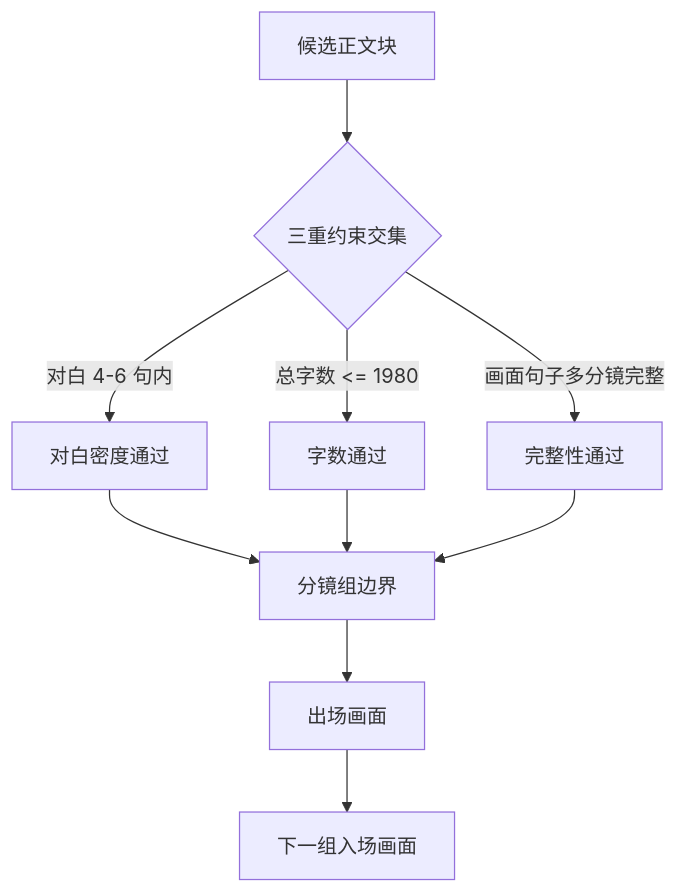
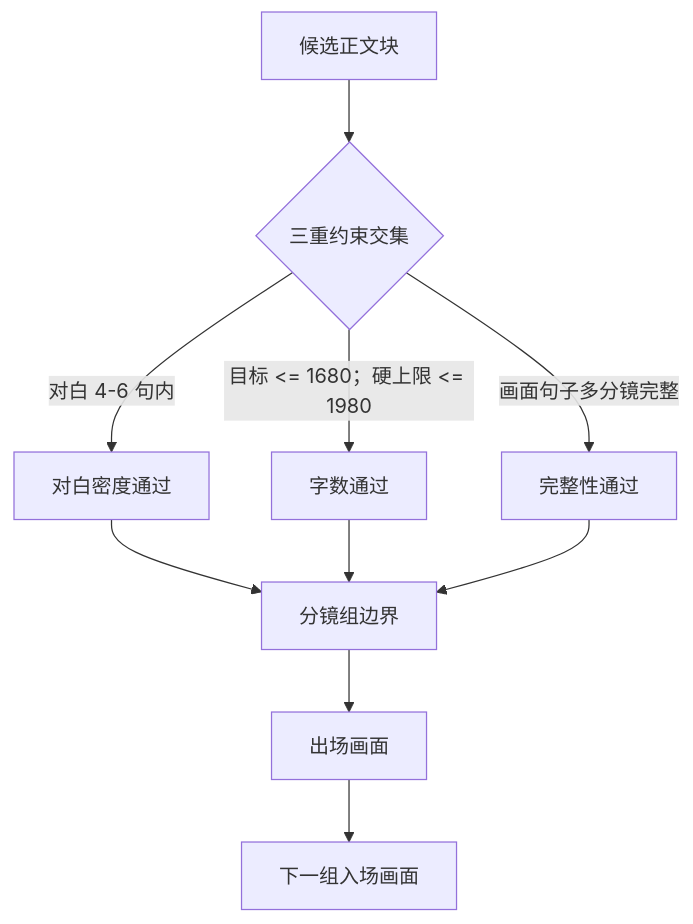
Before and after one commit to ZEN-VOID/AI-CUT: the second of 4 diagrams in .agents/skills/aigc/4-分组/SKILL.md, drawn with Mermaid. The commit also changed other lines of this file and 173 other files, not shown here.

````diff
--- a/.agents/skills/aigc/4-分组/SKILL.md
+++ b/.agents/skills/aigc/4-分组/SKILL.md
@@ -99,12 +99,12 @@
 ```mermaid
 flowchart TD
     A["候选正文块"] --> B{"三重约束交集"}
     B -->|"对白 4-6 句内"| C["对白密度通过"]
-    B -->|"总字数 <= 1980"| D["字数通过"]
+    B -->|"目标 <= 1680；硬上限 <= 1980"| D["字数通过"]
     B -->|"画面句子多分镜完整"| E["完整性通过"]
     C --> F["分镜组边界"]
     D --> F
     E --> F
     F --> G["出场画面"]
     G --> H["下一组入场画面"]
 ```
````
